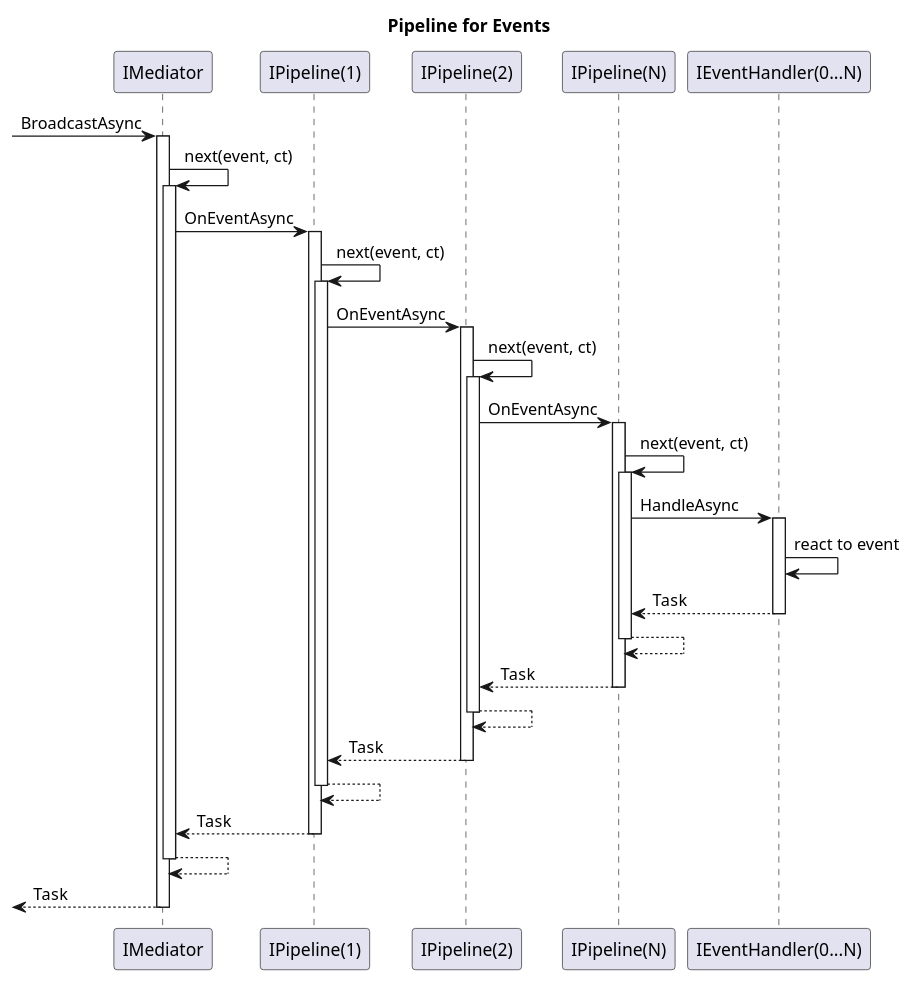
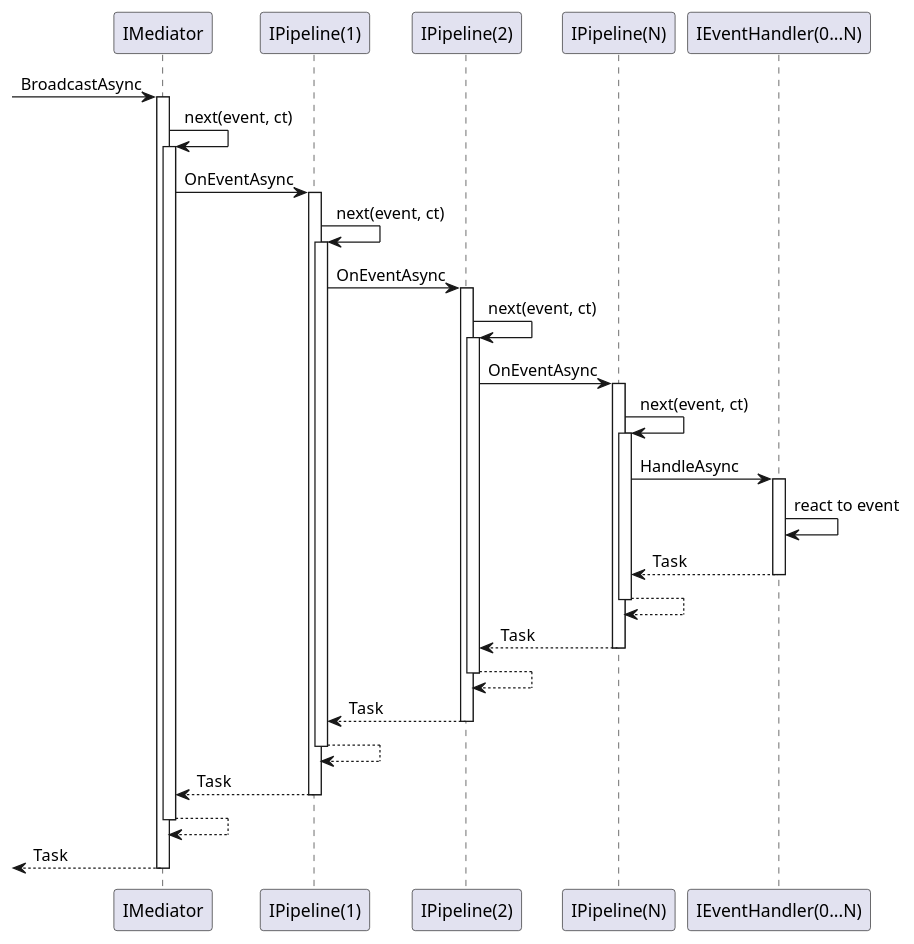
Before and after one commit to simplesoft-pt/Mediator: the diagram in resources/pipeline-events.puml, drawn with PlantUML. The commit also changed 5 other files, not shown here.

Commit message:
removed title from diagrams

```diff
--- a/resources/pipeline-events.puml
+++ b/resources/pipeline-events.puml
@@ -1,24 +1,24 @@
 @startuml pipeline-events
-title Pipeline for Events 
+'title Pipeline for Events 
 
 [-> IMediator ++: BroadcastAsync
 IMediator -> IMediator ++: next(event, ct)
 IMediator -> "IPipeline(1)" ++: OnEventAsync
 "IPipeline(1)" -> "IPipeline(1)" ++: next(event, ct)
 "IPipeline(1)" -> "IPipeline(2)" ++: OnEventAsync
 "IPipeline(2)" -> "IPipeline(2)" ++: next(event, ct)
 "IPipeline(2)" -> "IPipeline(N)" ++: OnEventAsync
 "IPipeline(N)" -> "IPipeline(N)" ++: next(event, ct)
 "IPipeline(N)" -> "IEventHandler(0...N)" ++: HandleAsync
 "IEventHandler(0...N)" -> "IEventHandler(0...N)" : react to event
 return Task
 return
 return Task
 return
 return Task
 return
 return Task
 return
 return Task
 
 @enduml
```
